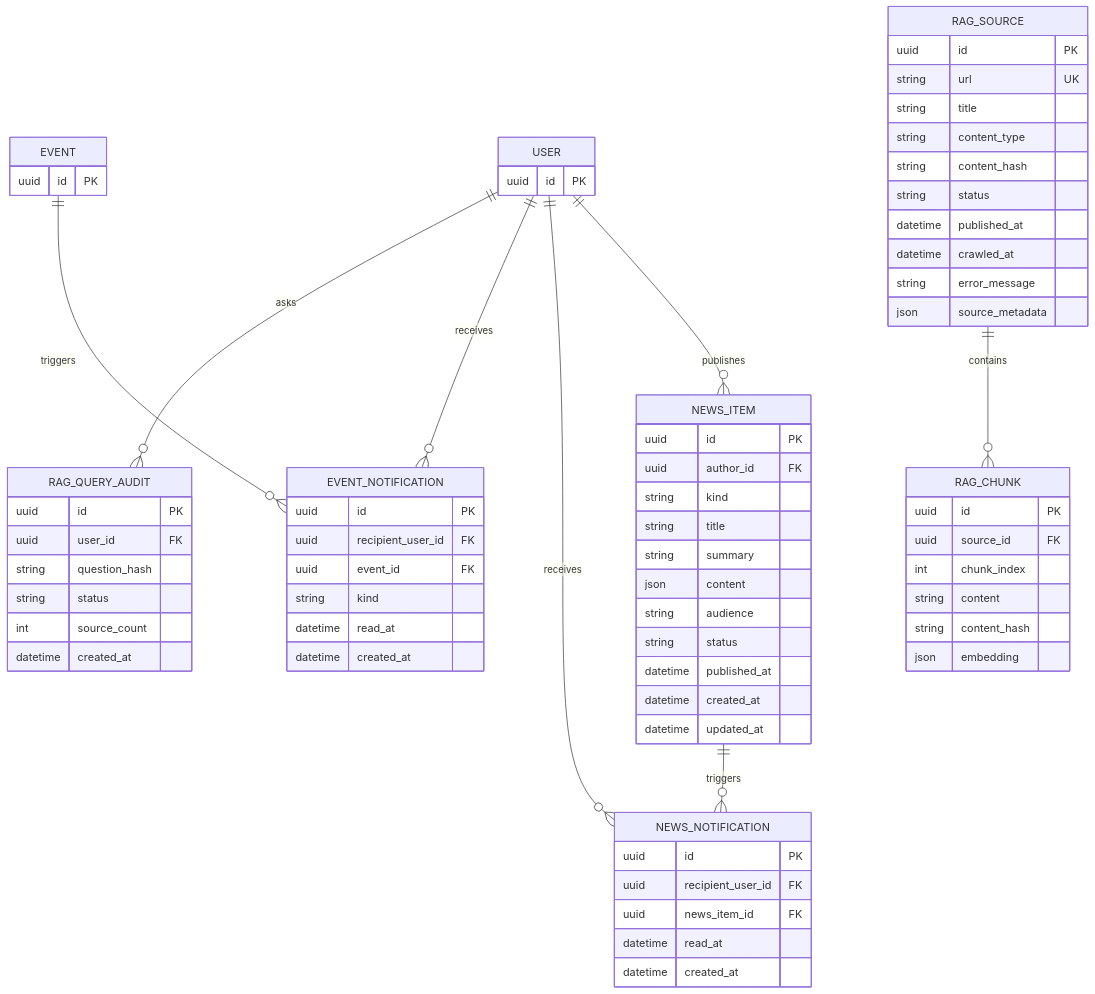
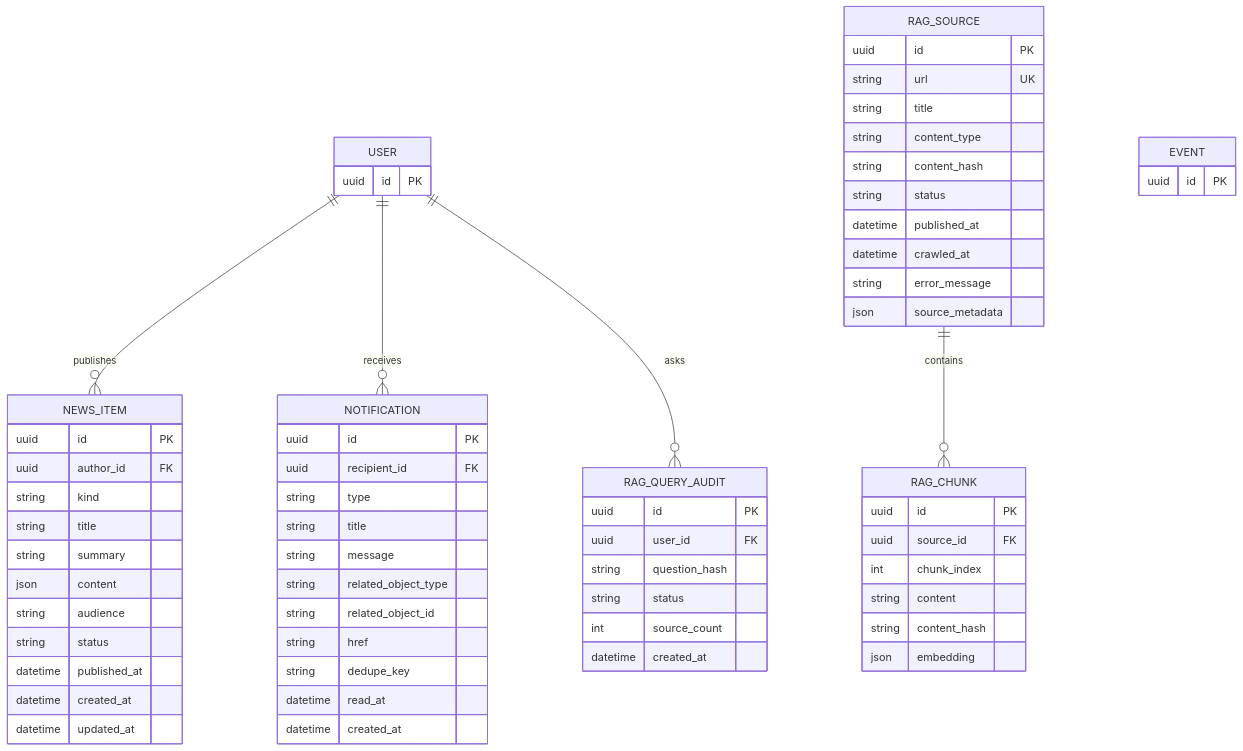
One commit to anindya357/UniCircle changed the fourth of 4 diagrams in docs/design/ERD.md. Above: the diagram before and after it, drawn with Mermaid. The commit also changed other lines of this file and 18 other files, not shown here.

````diff
--- a/docs/design/ERD.md
+++ b/docs/design/ERD.md
@@ -377,73 +366,68 @@
 ```mermaid
 erDiagram
     USER ||--o{ NEWS_ITEM : publishes
-    USER ||--o{ NEWS_NOTIFICATION : receives
-    NEWS_ITEM ||--o{ NEWS_NOTIFICATION : triggers
-    USER ||--o{ EVENT_NOTIFICATION : receives
-    EVENT ||--o{ EVENT_NOTIFICATION : triggers
+    USER ||--o{ NOTIFICATION : receives
     RAG_SOURCE ||--o{ RAG_CHUNK : contains
     USER ||--o{ RAG_QUERY_AUDIT : asks
 
     USER {
         uuid id PK
     }
     EVENT {
         uuid id PK
     }
     NEWS_ITEM {
         uuid id PK
         uuid author_id FK
         string kind
         string title
         string summary
         json content
         string audience
         string status
         datetime published_at
         datetime created_at
         datetime updated_at
     }
-    NEWS_NOTIFICATION {
+    NOTIFICATION {
         uuid id PK
-        uuid recipient_user_id FK
-        uuid news_item_id FK
-        datetime read_at
-        datetime created_at
-    }
-    EVENT_NOTIFICATION {
-        uuid id PK
-        uuid recipient_user_id FK
-        uuid event_id FK
-        string kind
+        uuid recipient_id FK
+        string type
+        string title
+        string message
+        string related_object_type
+        string related_object_id
+        string href
+        string dedupe_key
         datetime read_at
         datetime created_at
     }
     RAG_SOURCE {
         uuid id PK
         string url UK
         string title
         string content_type
         string content_hash
         string status
         datetime published_at
         datetime crawled_at
         string error_message
         json source_metadata
     }
     RAG_CHUNK {
         uuid id PK
         uuid source_id FK
         int chunk_index
         string content
         string content_hash
         json embedding
     }
     RAG_QUERY_AUDIT {
         uuid id PK
         uuid user_id FK
         string question_hash
         string status
         int source_count
         datetime created_at
     }
 ```
````
